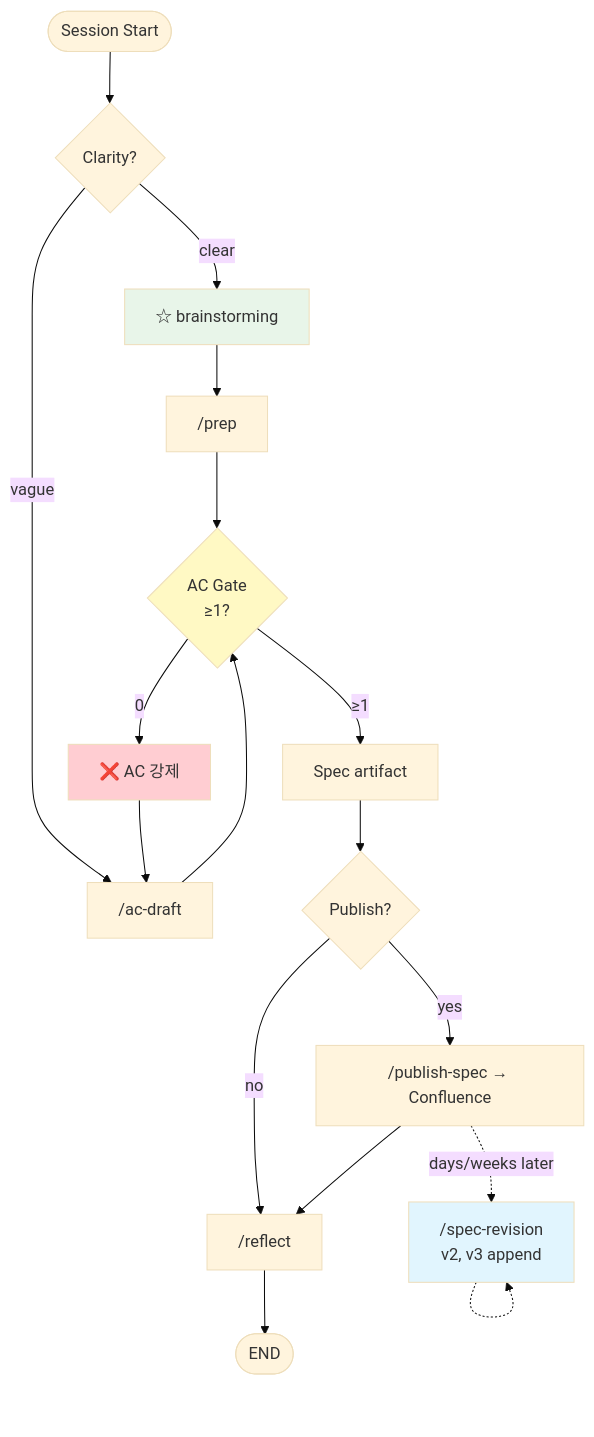
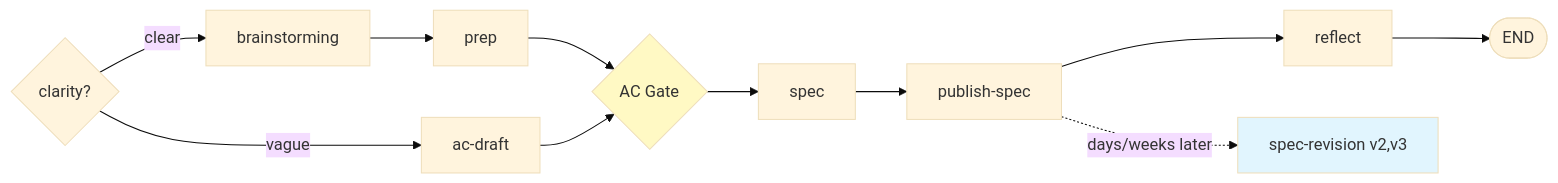
The second of 2 diagrams in README.md (narashin/nara-kit), drawn with Mermaid (base theme) before and after one commit.

Commit message:
docs(readme): simplify doc-mode mermaid to linear

````diff
--- a/README.md
+++ b/README.md
@@ -150,24 +150,12 @@
 ```mermaid
-flowchart TD
-    START([Session Start]) --> CLARITY{Clarity?}
-    CLARITY -->|clear| BRAIN["☆ brainstorming"]
-    CLARITY -->|vague| AC["/ac-draft"]
-    BRAIN --> PREP["/prep"]
-    AC --> ACGATE
-    PREP --> ACGATE{AC Gate<br>≥1?}
-    ACGATE -->|0| ACBLOCK["❌ AC 강제"]
-    ACBLOCK --> AC
-    ACGATE -->|≥1| SPEC["Spec artifact"]
-    SPEC --> PUB{Publish?}
-    PUB -->|yes| PUBLISH["/publish-spec → Confluence"]
-    PUB -->|no| REFLECT
-    PUBLISH --> REFLECT["/reflect"]
-    REFLECT --> END([END])
-    PUBLISH -.->|days/weeks later| REV["/spec-revision<br>v2, v3 append"]
-    REV -.-> REV
+flowchart LR
+    C{clarity?} -->|clear| B["brainstorming"] --> PR[prep]
+    C -->|vague| AC[ac-draft]
+    PR --> AG{AC Gate}
+    AC --> AG
+    AG --> S[spec] --> PUB[publish-spec] --> RF[reflect] --> E([END])
+    PUB -. days/weeks later .-> REV[spec-revision v2,v3]
 
-    style BRAIN fill:#e8f5e9
-    style ACGATE fill:#fff9c4
-    style ACBLOCK fill:#ffcdd2
+    style AG fill:#fff9c4
     style REV fill:#e1f5fe
 ```
````
